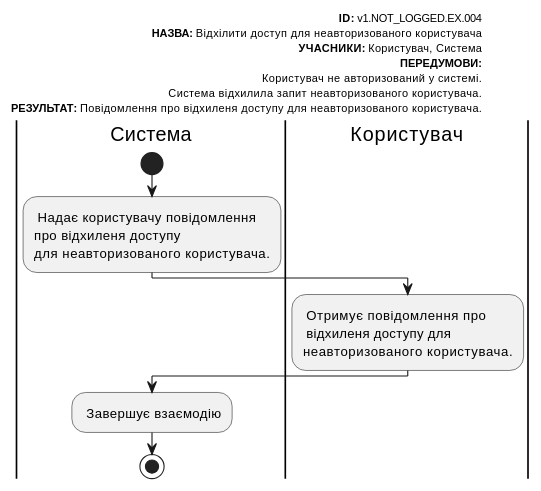
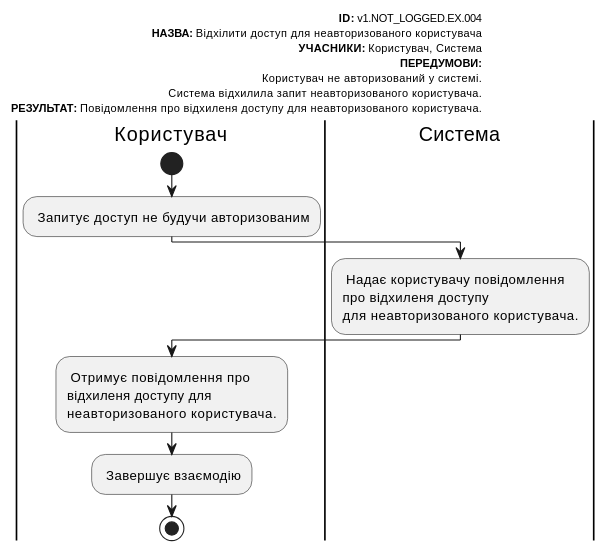
One commit to Znskiy/survey-expert changed diagram 12 of 18 in docs/use cases/README.md. Above: the diagram before and after it, drawn with PlantUML. The commit also changed other lines of this file, not shown here.

```diff
--- a/docs/use cases/README.md
+++ b/docs/use cases/README.md
@@ -775,24 +754,25 @@
   @startuml
   
       left header
         <font color=000 size=10><b>ID:</b> v1.NOT_LOGGED.EX.004
         <font color=000 size=10><b>НАЗВА:</b> Відхілити доступ для неавторизованого користувача
         <font color=000 size=10><b>УЧАСНИКИ:</b> Користувач, Система 
         <font color=000 size=10><b>ПЕРЕДУМОВИ:</b>
         <font color=000 size=10>Користувач не авторизований у системі.
         <font color=000 size=10>Система відхилила запит неавторизованого користувача.
         <font color=000 size=10><b>РЕЗУЛЬТАТ:</b> Повідомлення про відхиленя доступу для неавторизованого користувача.
       end header
+      |Користувач|
+          start
+          : Запитує доступ не будучи авторизованим;            
       |Система|
-          start
           : Надає користувачу повідомлення
           про відхиленя доступу 
           для неавторизованого користувача.;
       |Користувач|
           : Отримує повідомлення про 
           відхиленя доступу для 
-         неавторизованого користувача.;
-      |Система|
+          неавторизованого користувача.;
           : Завершує взаємодію;
           stop;
   @enduml
```
